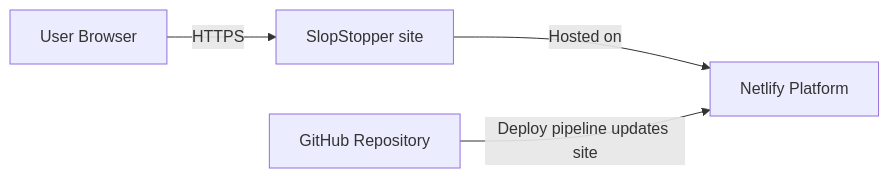
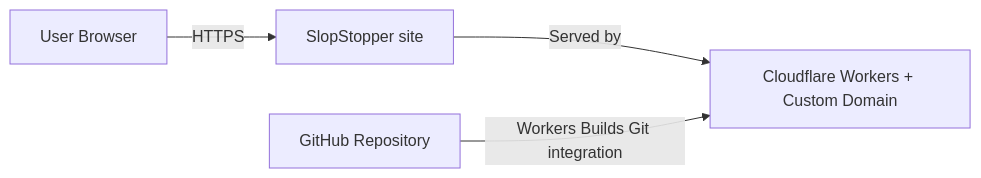
Before and after one commit to hungovercoders/slopstopper: the first of 4 diagrams in docs/architecture/README.md, drawn with Mermaid. The commit also changed other lines of this file and 35 other files, not shown here.

First line of the commit message:
feat(deploy): migrate from Netlify to Cloudflare Workers (#158)

````diff
--- a/docs/architecture/README.md
+++ b/docs/architecture/README.md
@@ -15,11 +18,11 @@
 ```mermaid
 flowchart LR
     U[User Browser]
     A[SlopStopper site]
-    N[Netlify Platform]
+    CF[Cloudflare Workers + Custom Domain]
     G[GitHub Repository]
 
     U -->|HTTPS| A
-    A -->|Hosted on| N
-    G -->|Deploy pipeline updates site| N
+    A -->|Served by| CF
+    G -->|Workers Builds Git integration| CF
 ```
````
